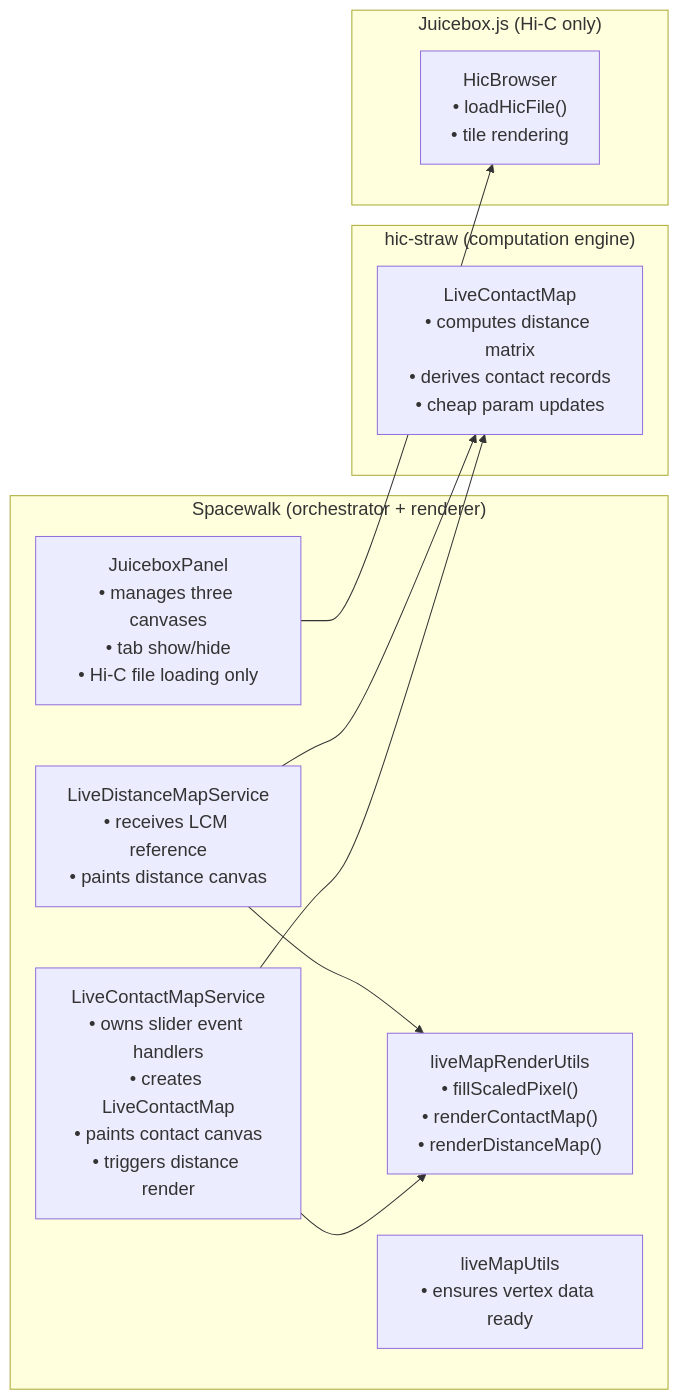
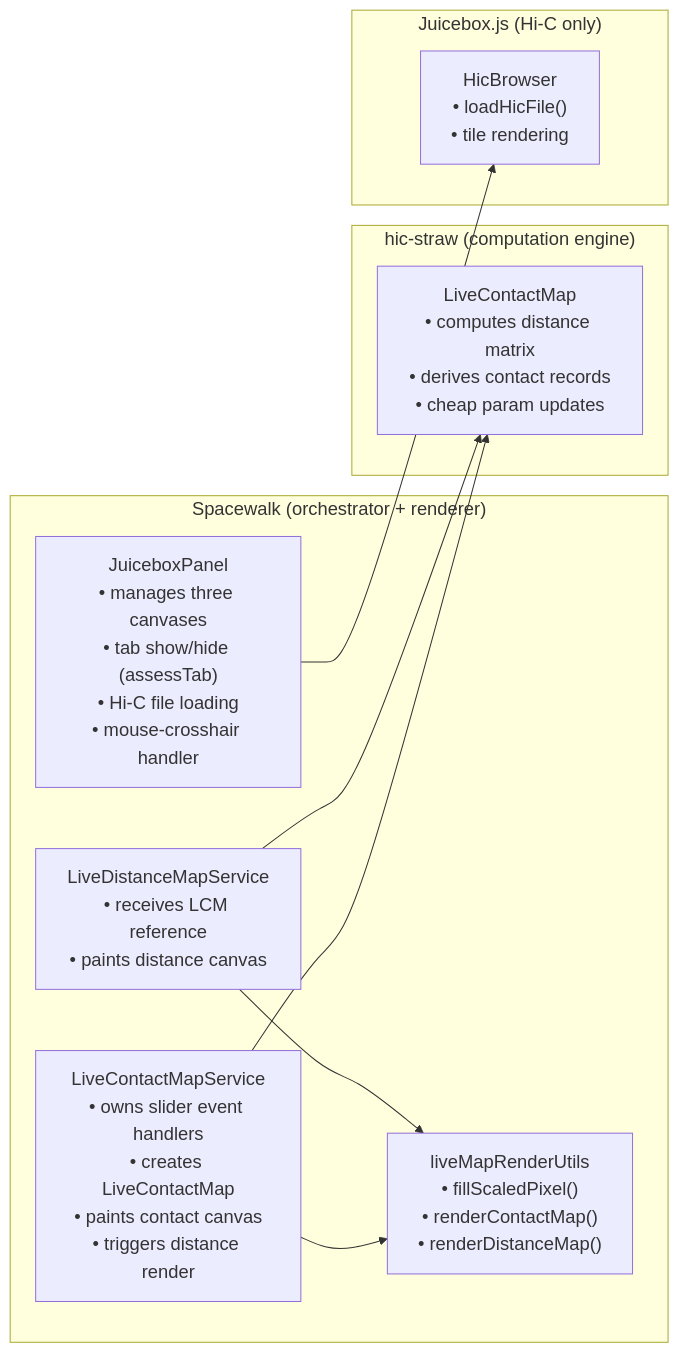
One commit to aidenlab/spacewalk changed the sixth of 7 diagrams in development-notes/interaction-diagram-spacewalk-juicebox.md. Above: the diagram before and after it, drawn with Mermaid. The commit also changed other lines of this file and 6 other files, not shown here.

First line of the commit message:
docs: post Phase 3 architecture diagram pass

````diff
--- a/development-notes/interaction-diagram-spacewalk-juicebox.md
+++ b/development-notes/interaction-diagram-spacewalk-juicebox.md
@@ -247,25 +260,24 @@
 ```mermaid
 %%{init: {'themeVariables': {'fontSize': '18px', 'fontFamily': 'arial'}, 'flowchart': {'nodeSpacing': 60, 'rankSpacing': 50}}}%%
 flowchart LR
     subgraph Spacewalk["Spacewalk (orchestrator + renderer)"]
         LCMS["LiveContactMapService<br/>• owns slider event handlers<br/>• creates LiveContactMap<br/>• paints contact canvas<br/>• triggers distance render"]
         LDMS["LiveDistanceMapService<br/>• receives LCM reference<br/>• paints distance canvas"]
-        JP["JuiceboxPanel<br/>• manages three canvases<br/>• tab show/hide<br/>• Hi-C file loading only"]
+        JP["JuiceboxPanel<br/>• manages three canvases<br/>• tab show/hide (assessTab)<br/>• Hi-C file loading<br/>• mouse-crosshair handler"]
         RU["liveMapRenderUtils<br/>• fillScaledPixel()<br/>• renderContactMap()<br/>• renderDistanceMap()"]
-        Utils["liveMapUtils<br/>• ensures vertex data ready"]
     end
 
     subgraph HicStraw["hic-straw (computation engine)"]
         LCM["LiveContactMap<br/>• computes distance matrix<br/>• derives contact records<br/>• cheap param updates"]
     end
 
     subgraph JuiceboxJS["Juicebox.js (Hi-C only)"]
         Browser["HicBrowser<br/>• loadHicFile()<br/>• tile rendering"]
     end
 
     LCMS --> LCM
     LCMS --> RU
     LDMS --> RU
     LDMS --> LCM
     JP --> Browser
 ```
````
